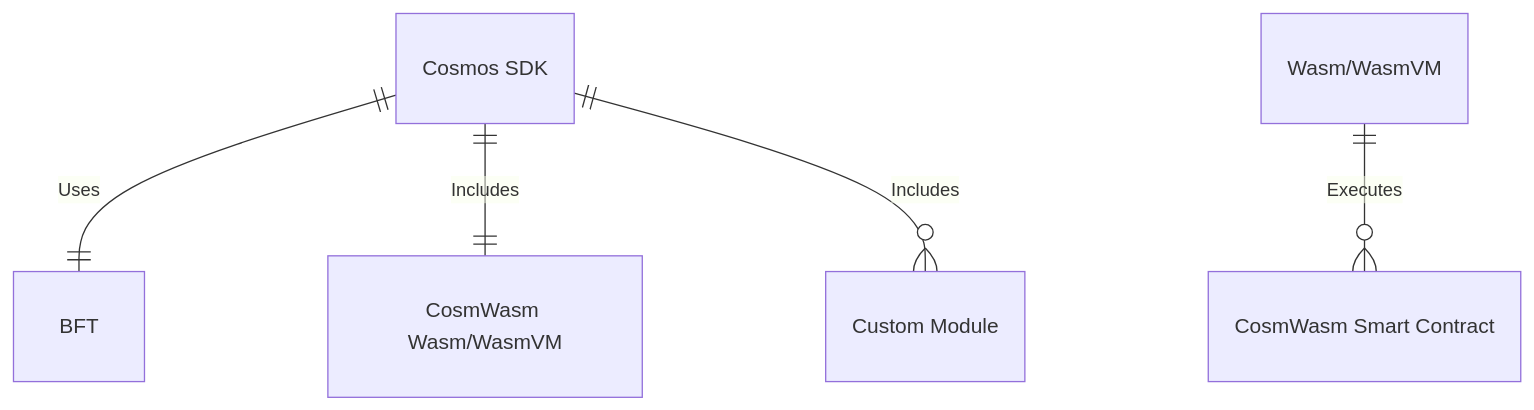
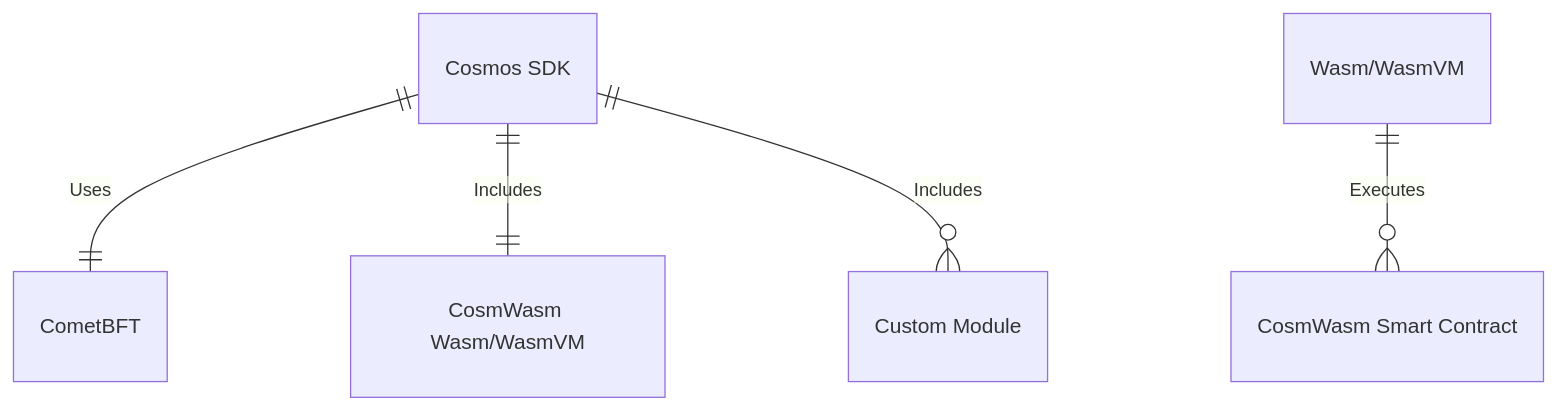
Before and after one commit to CosmWasm/docs: the diagram in src/pages/index.md, drawn with Mermaid. The commit also changed other lines of this file, not shown here.

````diff
--- a/src/pages/index.md
+++ b/src/pages/index.md
@@ -18,8 +19,8 @@
 ```mermaid
 erDiagram
-    "Cosmos SDK" ||--|| BFT: Uses
+    "Cosmos SDK" ||--|| CometBFT: Uses
     "Cosmos SDK" ||--|| "CosmWasm Wasm/WasmVM": Includes
     "Cosmos SDK" ||--o{ "Custom Module" : Includes
     "Wasm/WasmVM" ||--o{ "CosmWasm Smart Contract": Executes
 
 ```
````
